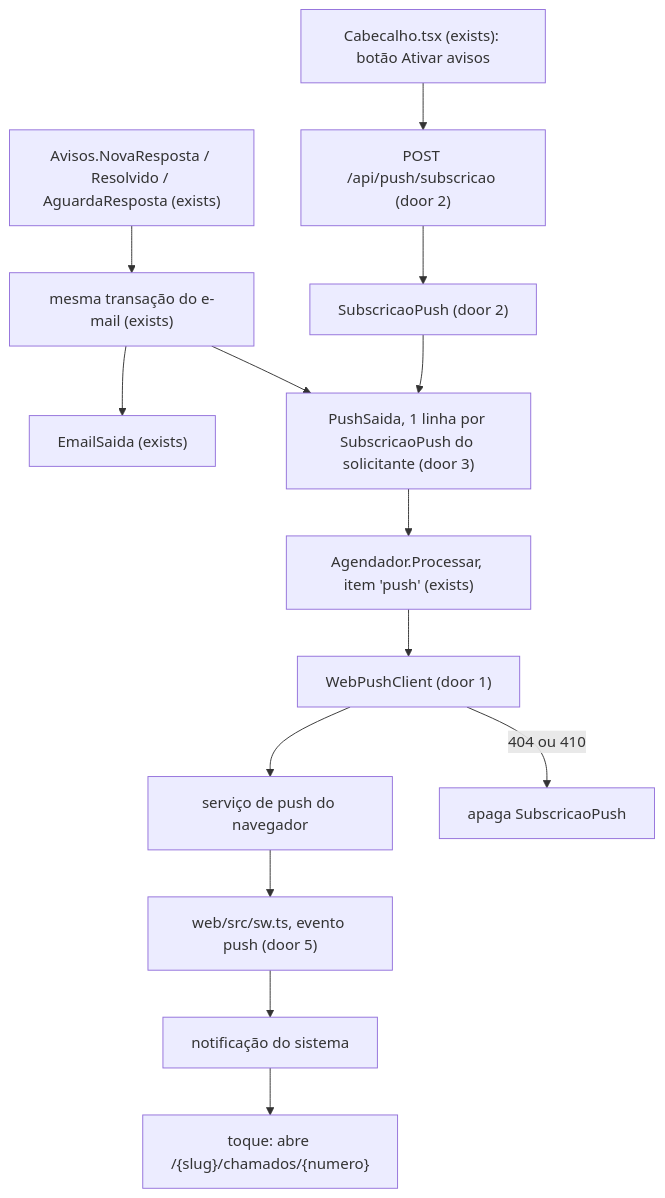
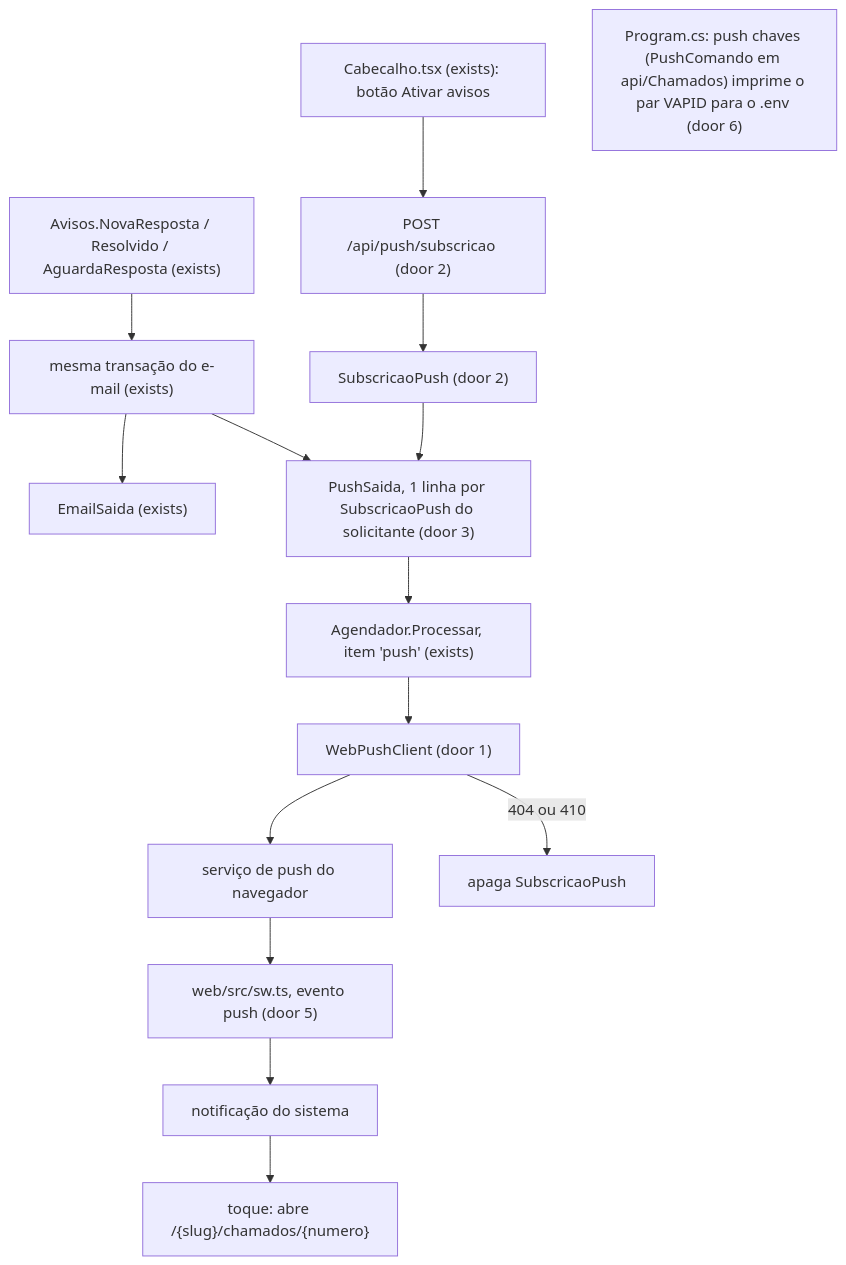
One commit to Bitforgee/One changed the first of 2 diagrams in .specs/features/web-push/plan.md. Above: the diagram before and after it, drawn with Mermaid. The commit also changed other lines of this file and 29 other files, not shown here.

First line of the commit message:
feat(web-push): add push subscriptions, routes, tables and vapid command

````diff
--- a/.specs/features/web-push/plan.md
+++ b/.specs/features/web-push/plan.md
@@ -13,16 +13,17 @@
 ```mermaid
 flowchart TD
     EV["Avisos.NovaResposta / Resolvido / AguardaResposta (exists)"] --> TX["mesma transação do e-mail (exists)"]
     TX --> EM["EmailSaida (exists)"]
     TX --> PS["PushSaida, 1 linha por SubscricaoPush do solicitante (door 3)"]
     PS --> AG["Agendador.Processar, item 'push' (exists)"]
     AG --> WP["WebPushClient (door 1)"]
     WP --> SP["serviço de push do navegador"]
     SP --> SW["web/src/sw.ts, evento push (door 5)"]
     SW --> NT["notificação do sistema"]
     NT --> CL["toque: abre /{slug}/chamados/{numero}"]
     UI["Cabecalho.tsx (exists): botão Ativar avisos"] --> API["POST /api/push/subscricao (door 2)"]
     API --> SB["SubscricaoPush (door 2)"]
     SB --> PS
     WP -- "404 ou 410" --> DEL["apaga SubscricaoPush"]
+    CMD["Program.cs: push chaves (PushComando em api/Chamados) imprime o par VAPID para o .env (door 6)"]
 ```
````
